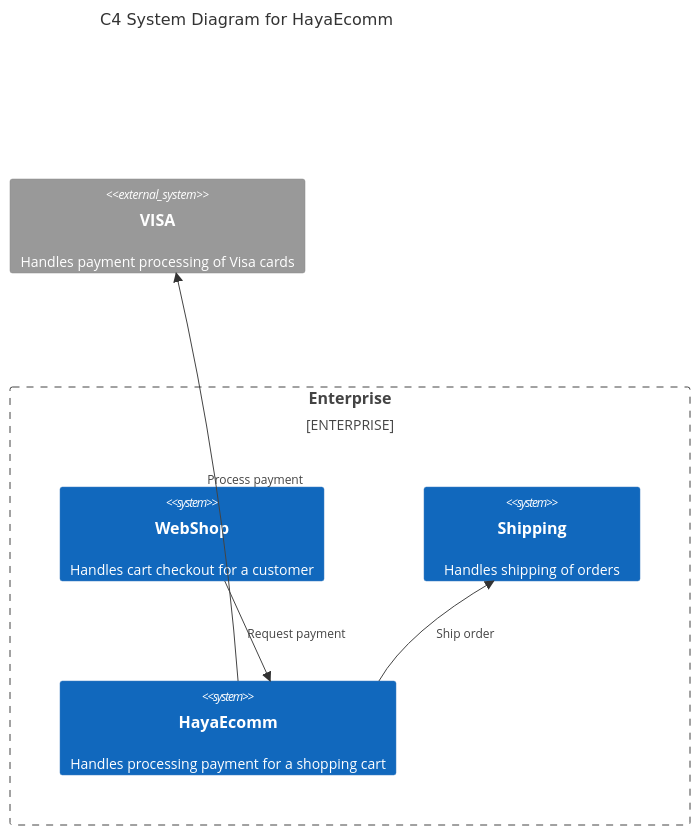
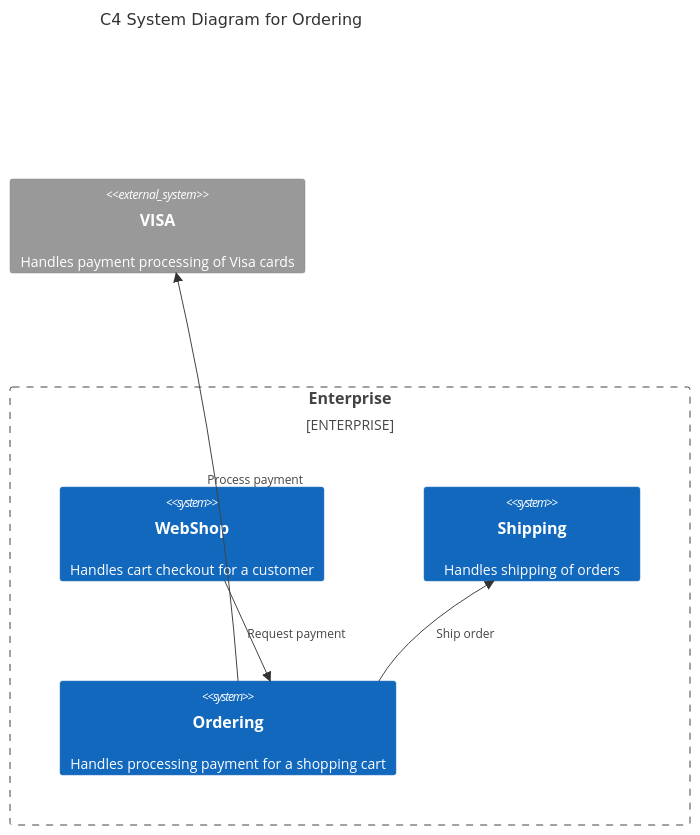
The diagram in examples/Example/CRC.md (dburriss/haya-net), drawn with Mermaid before and after one commit. The commit also changed other lines of this file, not shown here.

Commit message:
docs: regenerate example CRC.md
The committed sample predated 0.0.4: it had absolute paths from an old
machine and an outdated C4 diagram. Regenerated with `haya crc --c4`
from examples/Example so links are relative to the file.

````diff
--- a/examples/Example/CRC.md
+++ b/examples/Example/CRC.md
@@ -19,16 +19,16 @@
 ```mermaid
 C4Context
-title C4 System Diagram for HayaEcomm
-System_Ext(visa, VISA, "Handles payment processing of Visa cards")
+title C4 System Diagram for Ordering
 
 Enterprise_Boundary(Enterprise, Enterprise, "The enterprise boundary") {
   System(webshop, WebShop, "Handles cart checkout for a customer")
   System(shipping, Shipping, "Handles shipping of orders")
-  System(hayaecomm, HayaEcomm, "Handles processing payment for a shopping cart")
+  System(ordering, Ordering, "Handles processing payment for a shopping cart")
 }
+System_Ext(visa, VISA, "Handles payment processing of Visa cards")
 
-Rel(webshop, hayaecomm, "Request payment")
-Rel(hayaecomm, visa, "Process payment")
-Rel(hayaecomm, shipping, "Ship order")
+Rel(webshop, ordering, "Request payment")
+Rel(ordering, visa, "Process payment")
+Rel(ordering, shipping, "Ship order")
 
 ```
````
